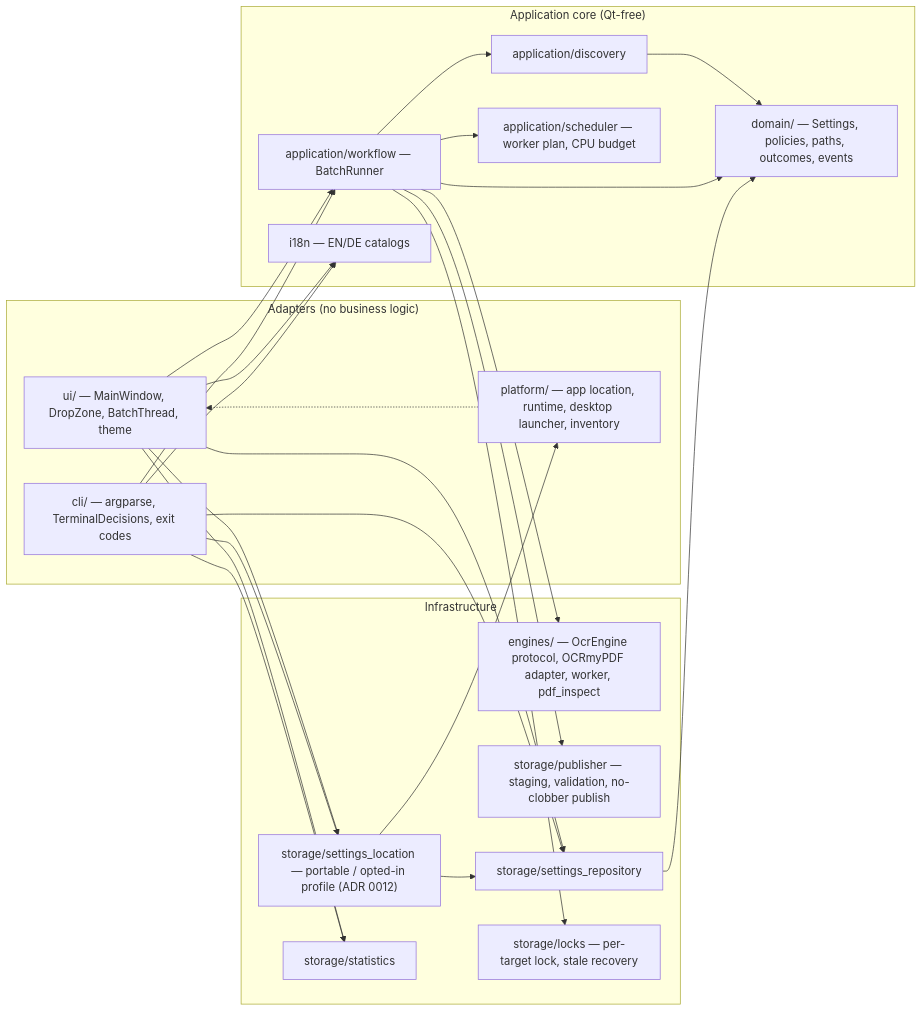
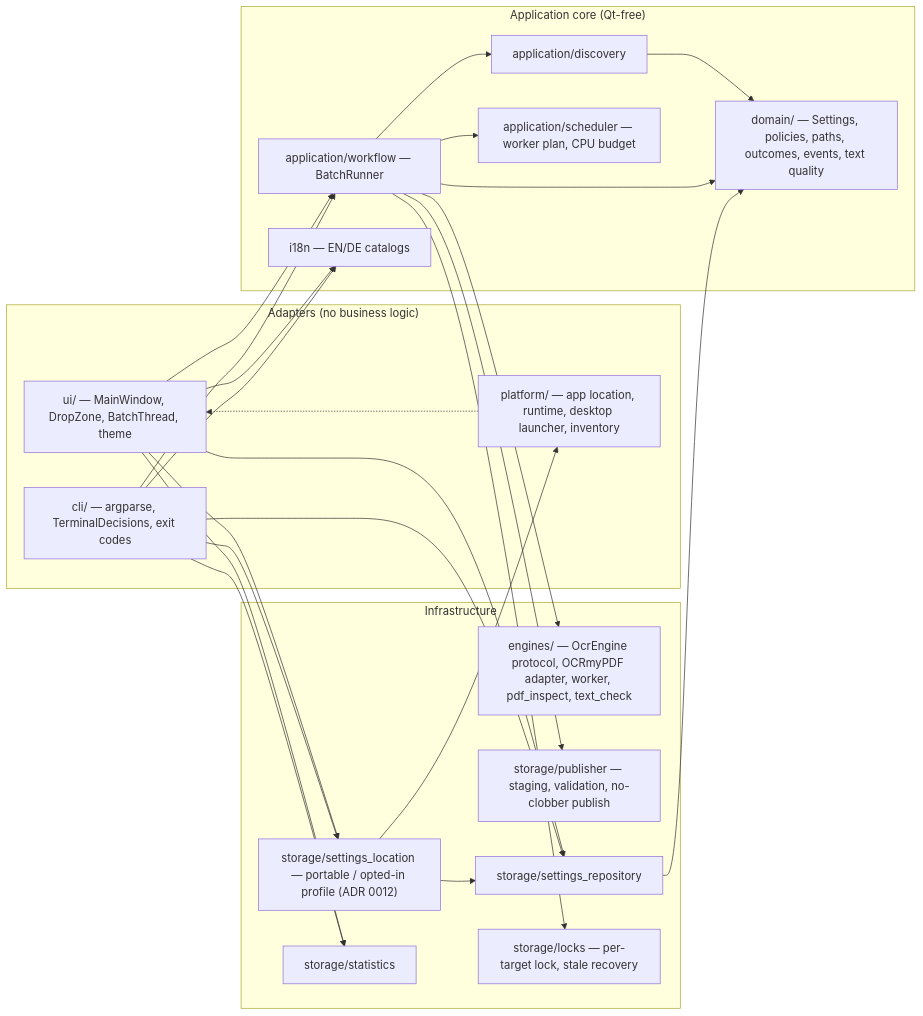
One commit to marcelpetrick/SearchifyMyPDF changed the third of 7 diagrams in docs/architecture.md. Above: the diagram before and after it, drawn with Mermaid. The commit also changed 28 other files, not shown here.

First line of the commit message:
feat(ocr): cross-check existing text against a fresh recognition before asking, and --check-text review (#6)

````diff
--- a/docs/architecture.md
+++ b/docs/architecture.md
@@ -52,44 +52,44 @@
 ```mermaid
 flowchart LR
     subgraph adapters["Adapters (no business logic)"]
         UI["ui/ — MainWindow, DropZone, BatchThread, theme"]
         CLI["cli/ — argparse, TerminalDecisions, exit codes"]
         PLAT["platform/ — app location, runtime, desktop launcher, inventory"]
     end
     subgraph core["Application core (Qt-free)"]
         WF["application/workflow — BatchRunner"]
         DISC["application/discovery"]
         SCHED["application/scheduler — worker plan, CPU budget"]
-        DOM["domain/ — Settings, policies, paths, outcomes, events"]
+        DOM["domain/ — Settings, policies, paths, outcomes, events, text quality"]
         I18N["i18n — EN/DE catalogs"]
     end
     subgraph infra["Infrastructure"]
-        ENG["engines/ — OcrEngine protocol, OCRmyPDF adapter, worker, pdf_inspect"]
+        ENG["engines/ — OcrEngine protocol, OCRmyPDF adapter, worker, pdf_inspect, text_check"]
         PUB["storage/publisher — staging, validation, no-clobber publish"]
         SREPO["storage/settings_repository"]
         SLOC["storage/settings_location — portable / opted-in profile (ADR 0012)"]
         STATS["storage/statistics"]
         LOCK["storage/locks — per-target lock, stale recovery"]
     end
     UI --> WF
     CLI --> WF
     UI --> SREPO
     CLI --> SREPO
     UI --> STATS
     CLI --> STATS
     UI --> I18N
     CLI --> I18N
     WF --> DISC
     WF --> SCHED
     WF --> ENG
     WF --> PUB
     WF --> LOCK
     DISC --> DOM
     WF --> DOM
     SREPO --> DOM
     UI --> SLOC
     CLI --> SLOC
     SLOC --> SREPO
     SLOC --> PLAT
     PLAT -.-> UI
 ```
````
